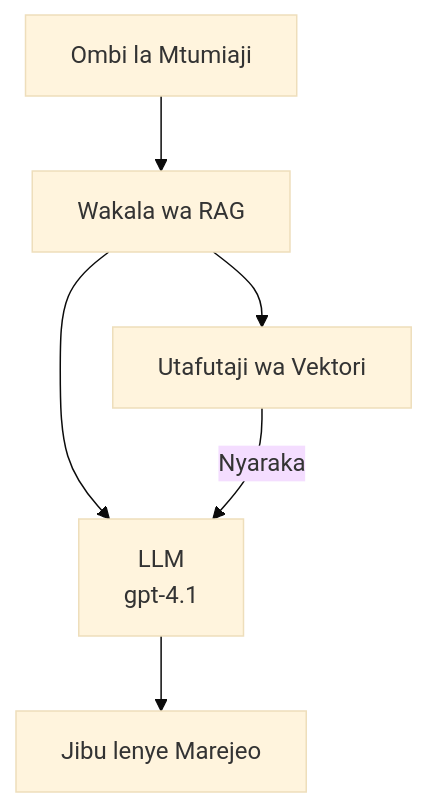
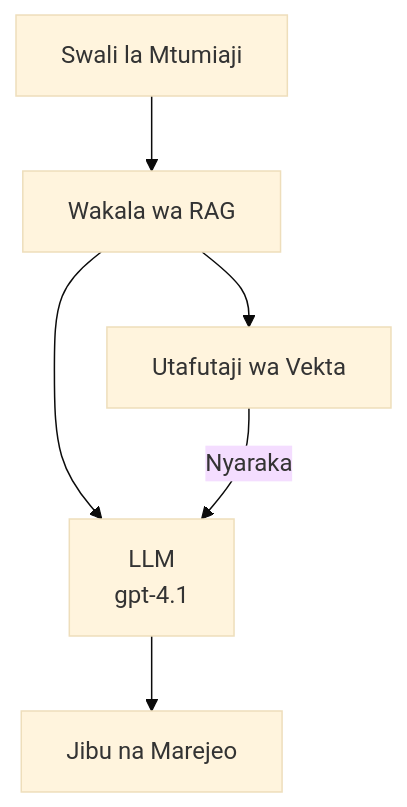
The second of 3 diagrams in translations/sw/docs/chapter-02-ai-development/agents.md (microsoft/AZD-for-beginners), drawn with Mermaid (base theme) before and after one commit. The commit also changed other lines of this file and 101 other files, not shown here.

````diff
--- a/translations/sw/docs/chapter-02-ai-development/agents.md
+++ b/translations/sw/docs/chapter-02-ai-development/agents.md
@@ -170,8 +175,8 @@
 ```mermaid
 graph TD
-    Query[Ombi la Mtumiaji] --> RAG[Wakala wa RAG]
-    RAG --> Vector[Utafutaji wa Vektori]
+    Query[Swali la Mtumiaji] --> RAG[Wakala wa RAG]
+    RAG --> Vector[Utafutaji wa Vekta]
     RAG --> LLM[LLM<br/>gpt-4.1]
     Vector -- Nyaraka --> LLM
-    LLM --> Response[Jibu lenye Marejeo]
+    LLM --> Response[Jibu na Marejeo]
 ```
````
